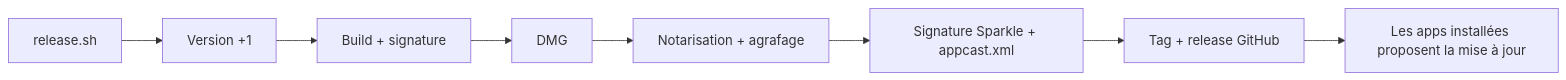
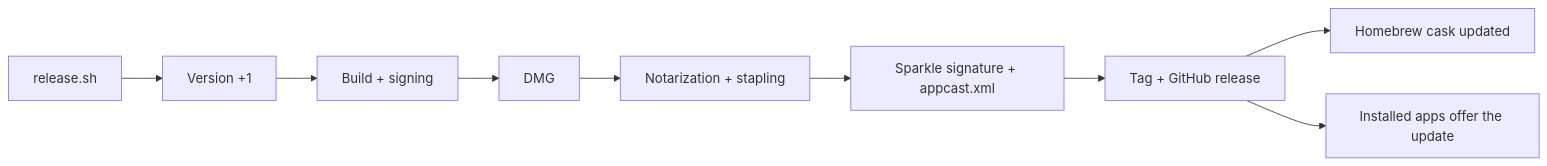
The diagram in docs/RELEASING.md (Benoitded/melies), drawn with Mermaid before and after one commit. The commit also changed other lines of this file and 12 other files, not shown here.

Commit message:
Docs in English (README, docs/*), release script updates the Homebrew cask

````diff
--- a/docs/RELEASING.md
+++ b/docs/RELEASING.md
@@ -16,8 +17,9 @@
 ```mermaid
 flowchart LR
-  R[release.sh] --> V[Version +1] --> B[Build + signature]
-  B --> D[DMG] --> N[Notarisation + agrafage]
-  N --> S[Signature Sparkle + appcast.xml]
-  S --> G[Tag + release GitHub]
-  G --> U[Les apps installées proposent la mise à jour]
+  R[release.sh] --> V[Version +1] --> B[Build + signing]
+  B --> D[DMG] --> N[Notarization + stapling]
+  N --> S[Sparkle signature + appcast.xml]
+  S --> G[Tag + GitHub release]
+  G --> H[Homebrew cask updated]
+  G --> U[Installed apps offer the update]
 ```
````
